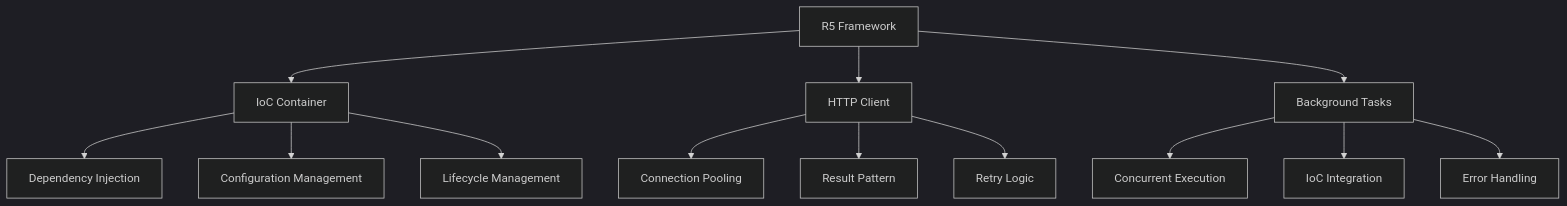
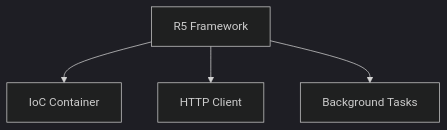
Before and after one commit to henryjaimesR5/R5: the diagram in docs/getting-started/core-concepts.md, drawn with Mermaid (dark theme). The commit also changed other lines of this file and 34 other files, not shown here.

````diff
--- a/docs/getting-started/core-concepts.md
+++ b/docs/getting-started/core-concepts.md
@@ -9,18 +5,6 @@
 ```mermaid
 graph TB
     A[R5 Framework] --> B[IoC Container]
     A --> C[HTTP Client]
     A --> D[Background Tasks]
-    
-    B --> B1[Dependency Injection]
-    B --> B2[Configuration Management]
-    B --> B3[Lifecycle Management]
-    
-    C --> C1[Connection Pooling]
-    C --> C2[Result Pattern]
-    C --> C3[Retry Logic]
-    
-    D --> D1[Concurrent Execution]
-    D --> D2[IoC Integration]
-    D --> D3[Error Handling]
 ```
````
